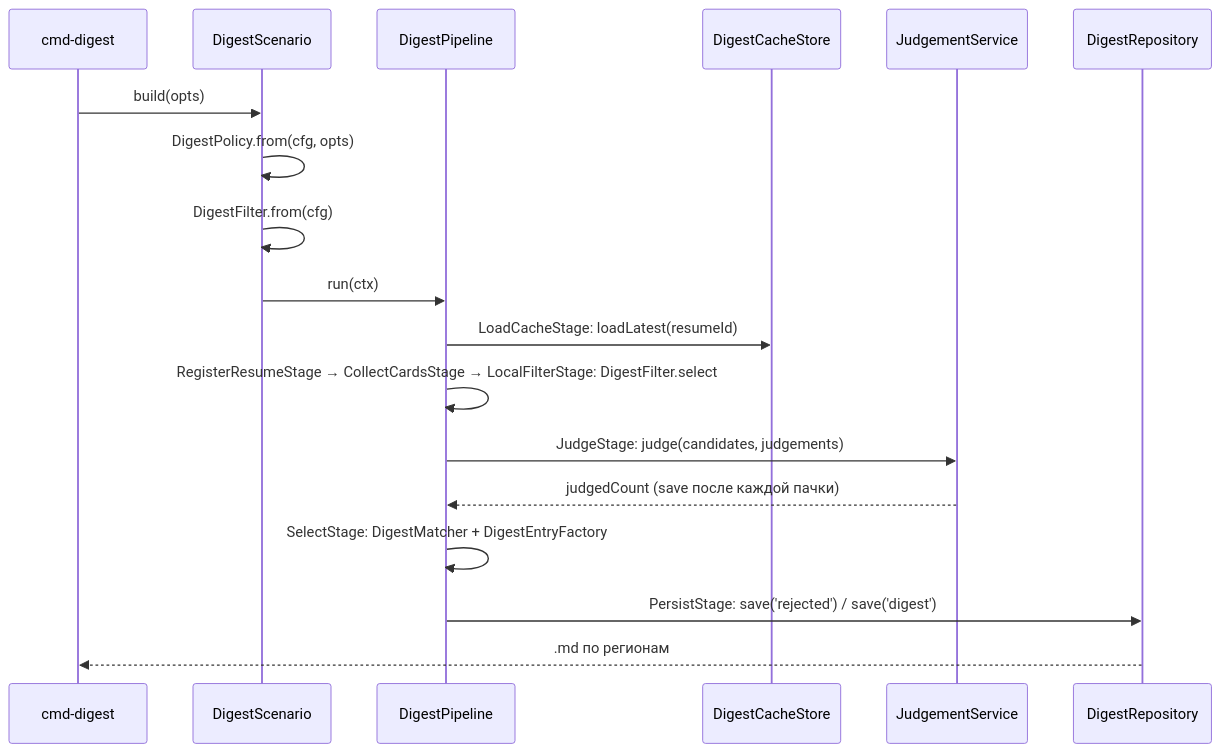
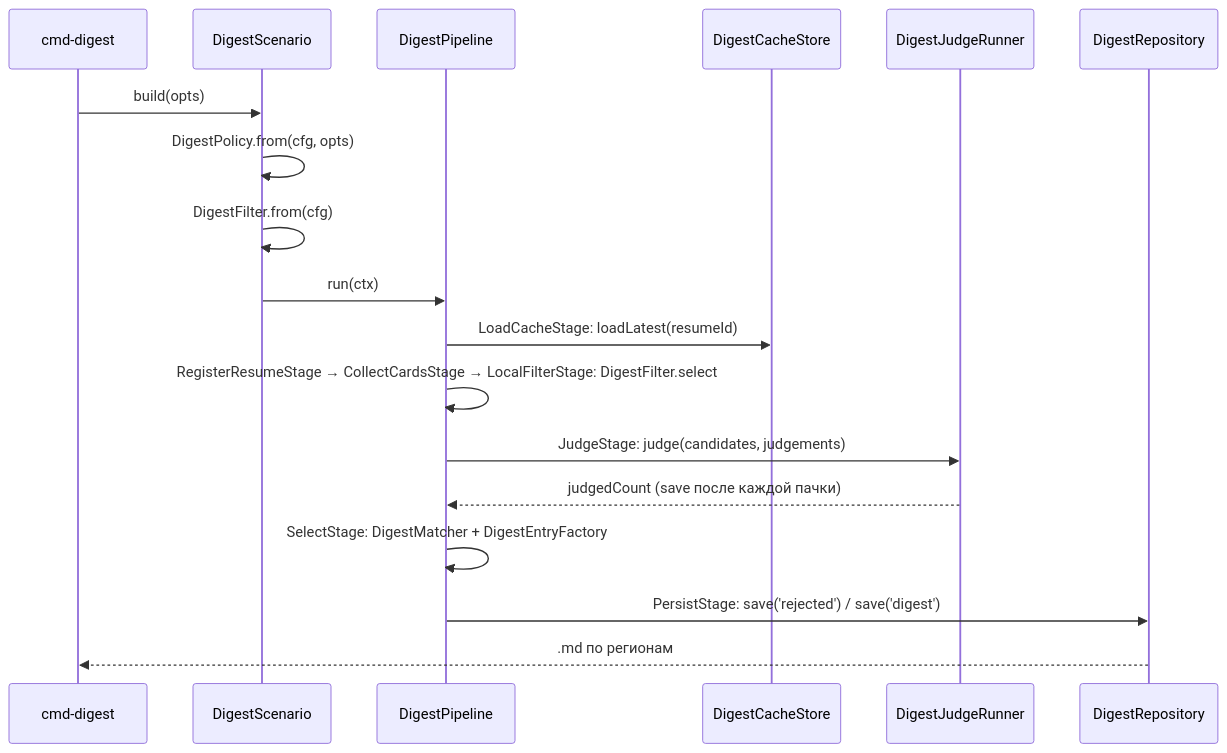
One commit to pzrkzrpzrk/auto-hh-cli changed the second of 2 diagrams in docs/architecture.md. Above: the diagram before and after it, drawn with Mermaid. The commit also changed other lines of this file and 2 other files, not shown here.

````diff
--- a/docs/architecture.md
+++ b/docs/architecture.md
@@ -309,21 +310,21 @@
 ```mermaid
 sequenceDiagram
     participant CMD as cmd-digest
     participant S as DigestScenario
     participant P as DigestPipeline
     participant C as DigestCacheStore
-    participant J as JudgementService
+    participant J as DigestJudgeRunner
     participant R as DigestRepository
 
     CMD->>S: build(opts)
     S->>S: DigestPolicy.from(cfg, opts)
     S->>S: DigestFilter.from(cfg)
     S->>P: run(ctx)
     P->>C: LoadCacheStage: loadLatest(resumeId)
     P->>P: RegisterResumeStage → CollectCardsStage → LocalFilterStage: DigestFilter.select
     P->>J: JudgeStage: judge(candidates, judgements)
     J-->>P: judgedCount (save после каждой пачки)
     P->>P: SelectStage: DigestMatcher + DigestEntryFactory
     P->>R: PersistStage: save('rejected') / save('digest')
     R-->>CMD: .md по регионам
 ```
````
